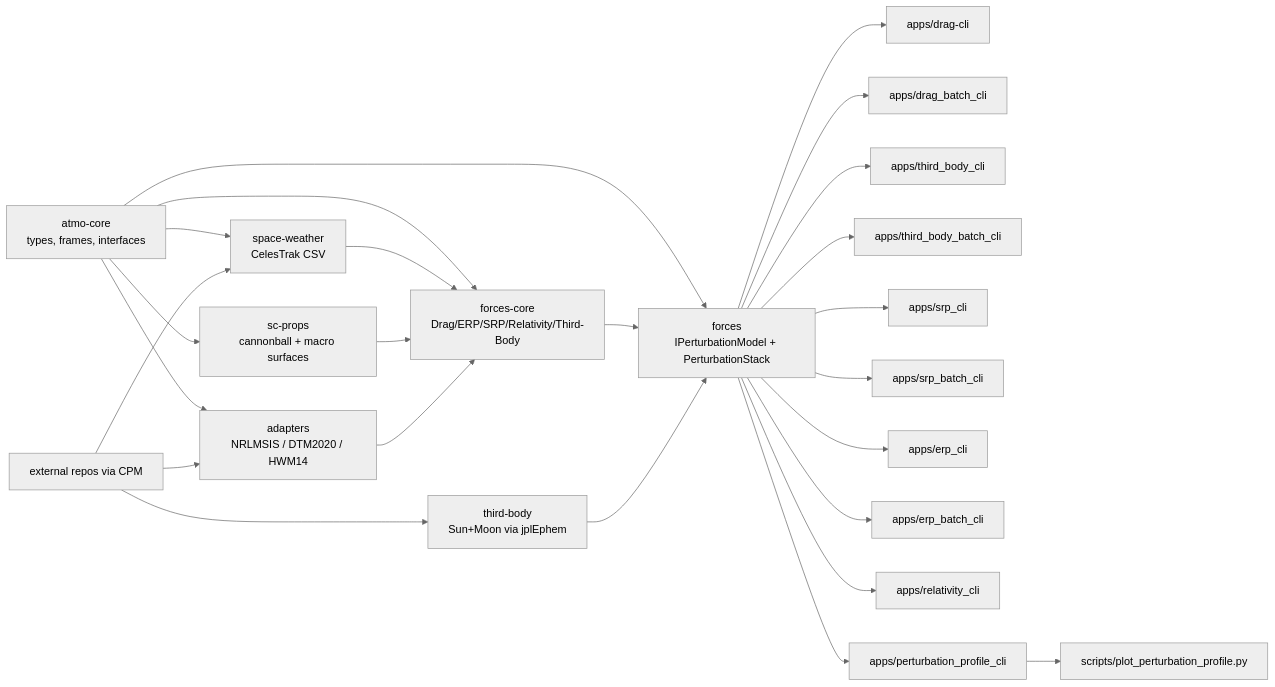
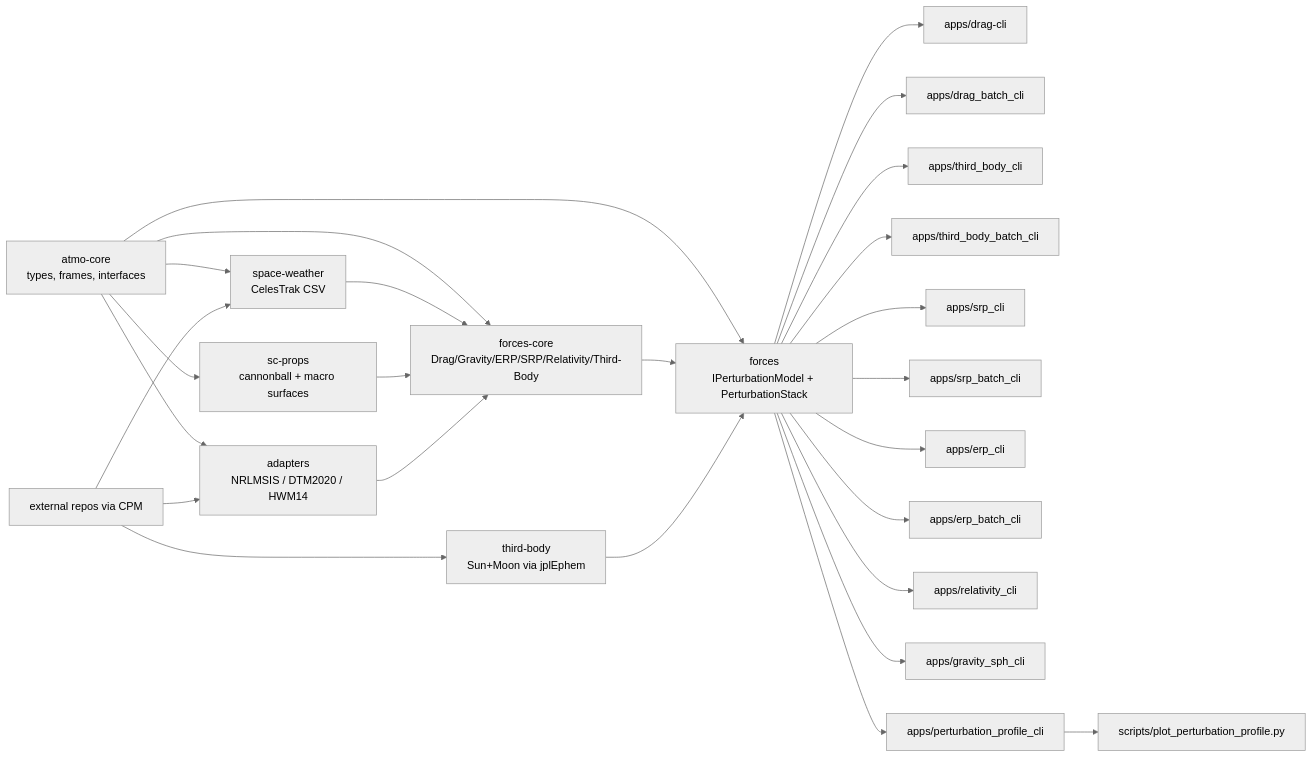
The diagram in README.md (watsonryan/astroforces), drawn with Mermaid (neutral theme) before and after one commit. The commit also changed other lines of this file and 74 other files, not shown here.

Commit message:
refactor force modules and add SPH gravity with temporal ICGEM support

````diff
--- a/README.md
+++ b/README.md
@@ -6,27 +6,28 @@
 ```mermaid
 flowchart LR
   A[atmo-core<br/>types, frames, interfaces] --> B[space-weather<br/>CelesTrak CSV]
   A --> C[sc-props<br/>cannonball + macro surfaces]
   A --> D[adapters<br/>NRLMSIS / DTM2020 / HWM14]
-  A --> E[forces-core<br/>Drag/ERP/SRP/Relativity/Third-Body]
+  A --> E[forces-core<br/>Drag/Gravity/ERP/SRP/Relativity/Third-Body]
   A --> F[forces<br/>IPerturbationModel + PerturbationStack]
   B --> E
   C --> E
   D --> E
   E --> F
   T[third-body<br/>Sun+Moon via jplEphem] --> F
   F --> G[apps/drag-cli]
   F --> H[apps/drag_batch_cli]
   F --> X[apps/third_body_cli]
   F --> Y[apps/third_body_batch_cli]
   F --> S[apps/srp_cli]
   F --> U[apps/srp_batch_cli]
   F --> R[apps/erp_cli]
   F --> V[apps/erp_batch_cli]
   F --> W[apps/relativity_cli]
+  F --> K[apps/gravity_sph_cli]
   F --> P[apps/perturbation_profile_cli]
   P --> Q[scripts/plot_perturbation_profile.py]
   I[external repos via CPM] --> D
   I --> T
   I --> B
 ```
````
